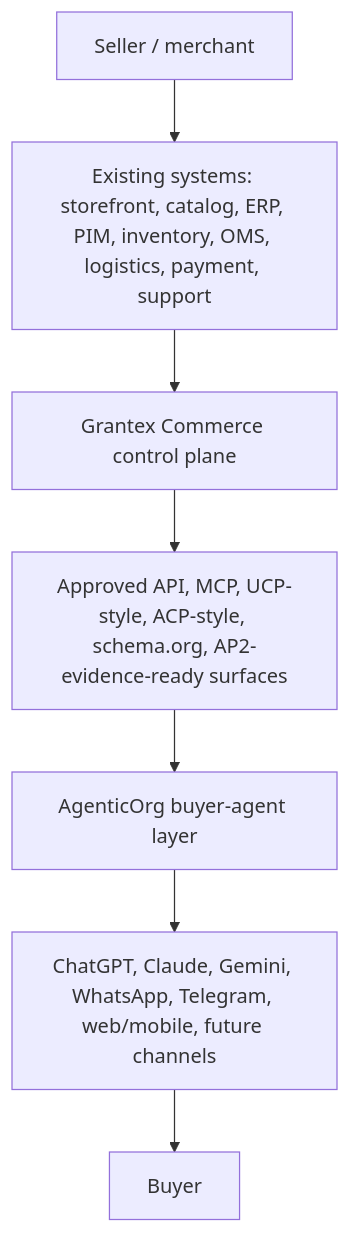
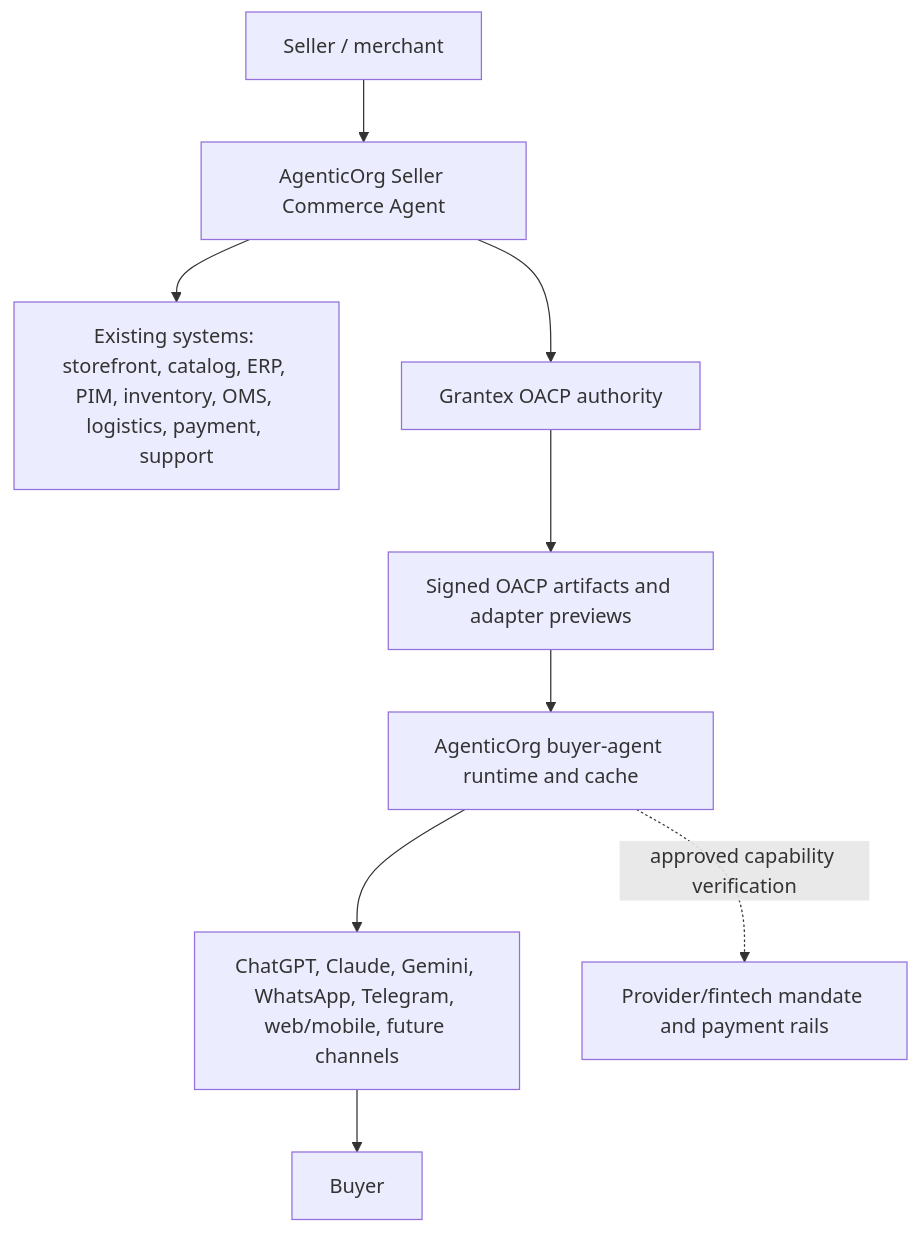
Before and after one commit to mishrasanjeev/grantex: the first of 2 diagrams in docs/guides/commerce-v1-end-to-end-agentic-commerce-flow.mdx, drawn with Mermaid. The commit also changed other lines of this file and 4 other files, not shown here.

Commit message:
docs(commerce): update OACP PRD and content plan

````diff
--- a/docs/guides/commerce-v1-end-to-end-agentic-commerce-flow.mdx
+++ b/docs/guides/commerce-v1-end-to-end-agentic-commerce-flow.mdx
@@ -22,17 +24,21 @@
 ```mermaid
 flowchart TB
   seller["Seller / merchant"]
+  selleragent["AgenticOrg Seller Commerce Agent"]
   systems["Existing systems: storefront, catalog, ERP, PIM, inventory, OMS, logistics, payment, support"]
-  grantex["Grantex Commerce control plane"]
-  publish["Approved API, MCP, UCP-style, ACP-style, schema.org, AP2-evidence-ready surfaces"]
-  agenticorg["AgenticOrg buyer-agent layer"]
+  grantex["Grantex OACP authority"]
+  publish["Signed OACP artifacts and adapter previews"]
+  agenticorg["AgenticOrg buyer-agent runtime and cache"]
   channels["ChatGPT, Claude, Gemini, WhatsApp, Telegram, web/mobile, future channels"]
+  provider["Provider/fintech mandate and payment rails"]
   buyer["Buyer"]
 
-  seller --> systems
-  systems --> grantex
+  seller --> selleragent
+  selleragent --> systems
+  selleragent --> grantex
   grantex --> publish
   publish --> agenticorg
   agenticorg --> channels
   channels --> buyer
+  agenticorg -. "approved capability verification" .-> provider
 ```
````
